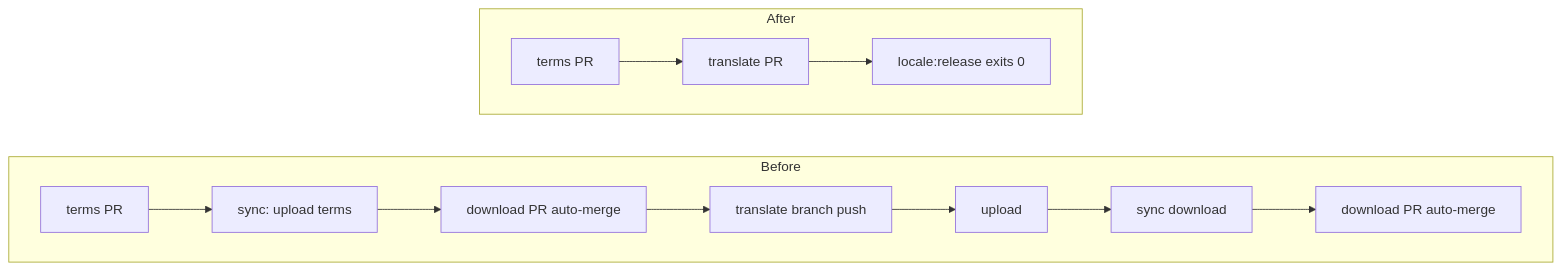
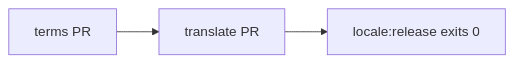
One commit to ChurchCRM/CRM changed the third of 3 diagrams in docs/maintainers/locale-design.md. Above: the diagram before and after it, drawn with Mermaid. The commit also changed other lines of this file and 37 other files, not shown here.

````diff
--- a/docs/maintainers/locale-design.md
+++ b/docs/maintainers/locale-design.md
@@ -121,11 +112,4 @@
 ```mermaid
 flowchart LR
-    subgraph Before
-        direction LR
-        b1[terms PR] --> b2[sync: upload terms] --> b3[download PR auto-merge] --> b4[translate branch push] --> b5[upload] --> b6[sync download] --> b7[download PR auto-merge]
-    end
-    subgraph After
-        direction LR
-        a1[terms PR] --> a2[translate PR] --> a3[locale:release exits 0]
-    end
+    a1[terms PR] --> a2[translate PR] --> a3[locale:release exits 0]
 ```
````
